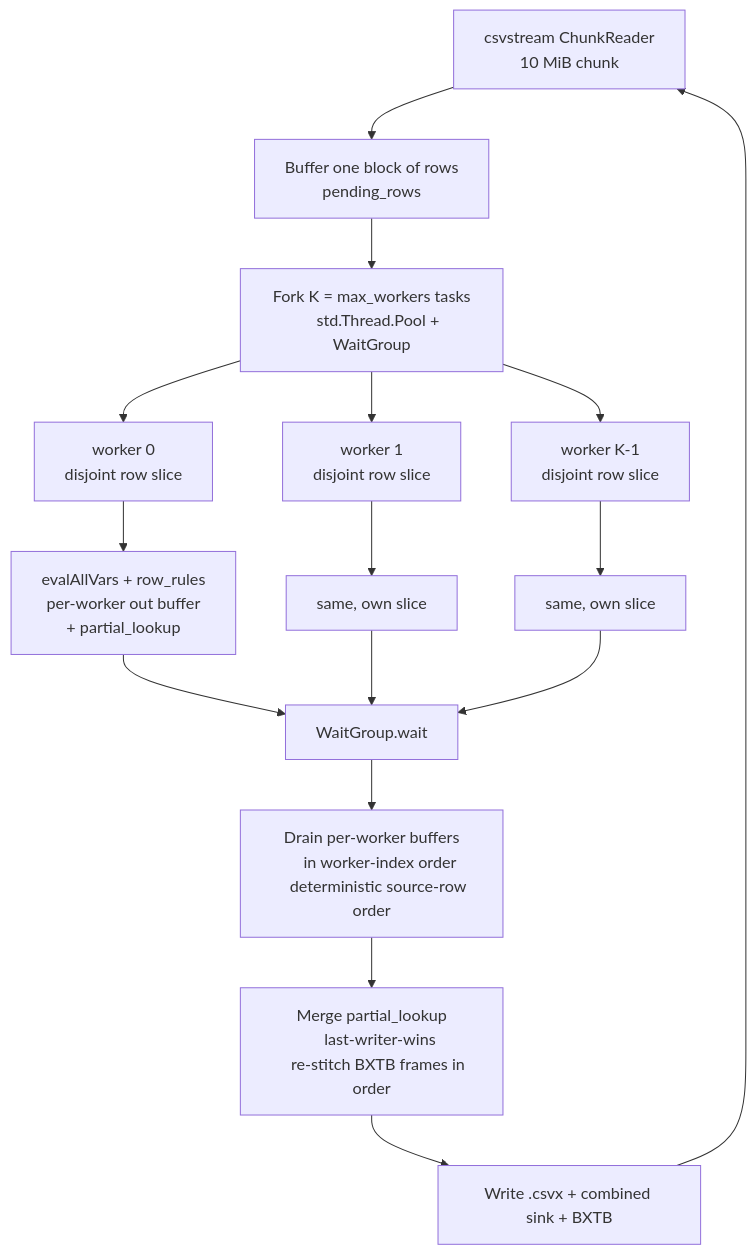
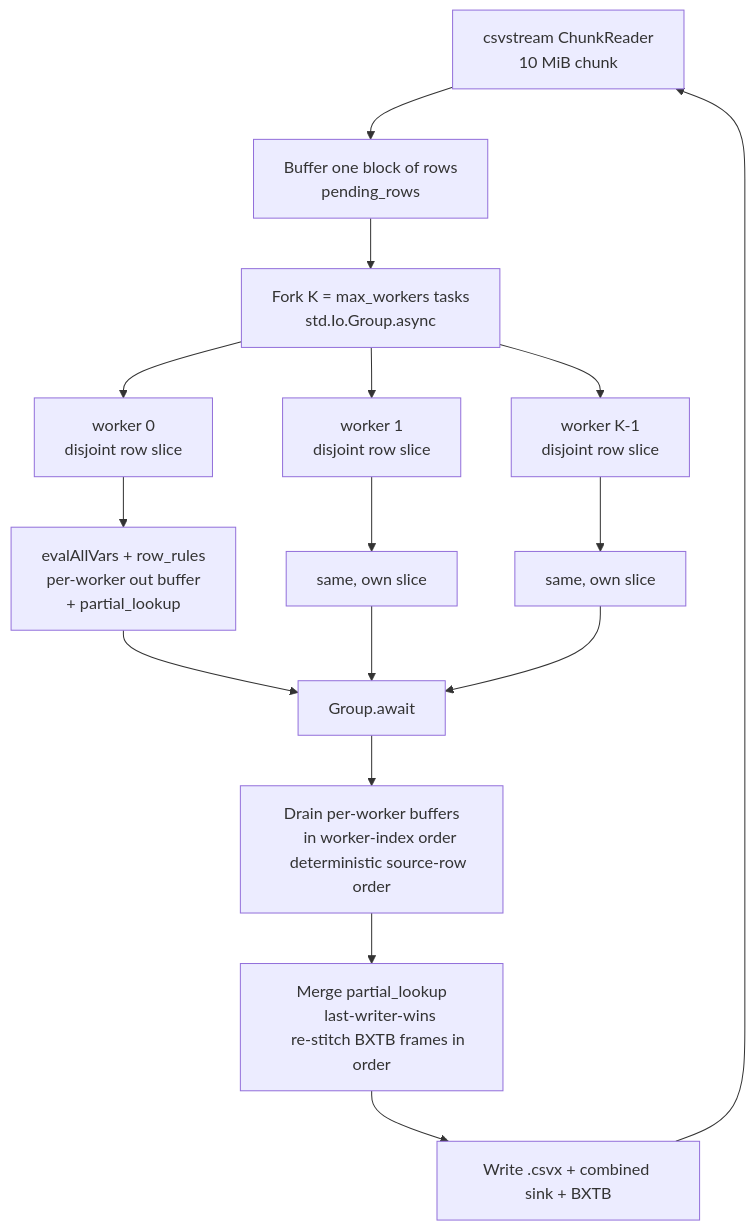
The third of 5 diagrams in docs/dev/architecture/pipeline.md (zaxified/bxp), drawn with Mermaid before and after one commit. The commit also changed other lines of this file and 53 other files, not shown here.

````diff
--- a/docs/dev/architecture/pipeline.md
+++ b/docs/dev/architecture/pipeline.md
@@ -120,30 +124,30 @@
 ```mermaid
 flowchart TD
     READ[csvstream ChunkReader
     10 MiB chunk] --> BLK[Buffer one block of rows
     pending_rows]
     BLK --> FORK[Fork K = max_workers tasks
-    std.Thread.Pool + WaitGroup]
+    std.Io.Group.async]
     FORK --> W0[worker 0
     disjoint row slice]
     FORK --> W1[worker 1
     disjoint row slice]
     FORK --> WK[worker K-1
     disjoint row slice]
     W0 --> E0[evalAllVars + row_rules
     per-worker out buffer
     + partial_lookup]
     W1 --> E1[same, own slice]
     WK --> EK[same, own slice]
-    E0 --> JOIN[WaitGroup.wait]
+    E0 --> JOIN[Group.await]
     E1 --> JOIN
     EK --> JOIN
     JOIN --> DRAIN[Drain per-worker buffers
     in worker-index order
     deterministic source-row order]
     DRAIN --> MERGE[Merge partial_lookup
     last-writer-wins
     re-stitch BXTB frames in order]
     MERGE --> WRITE[Write .csvx + combined sink + BXTB]
     WRITE --> READ
 ```
````
